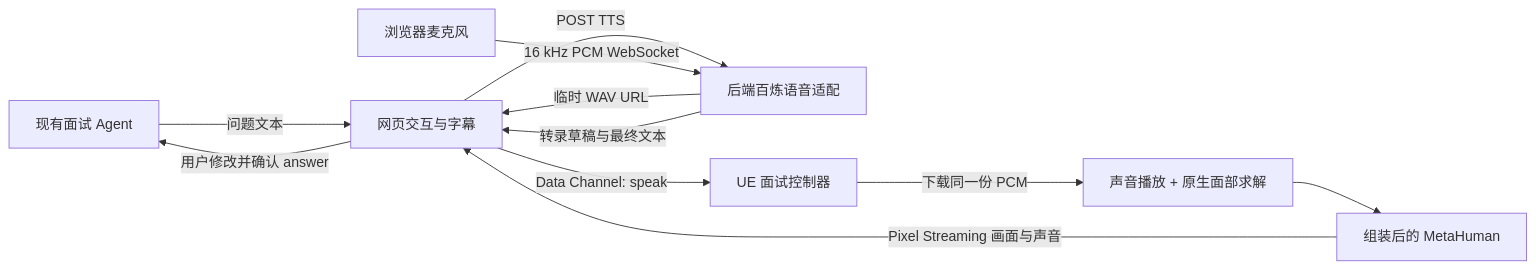
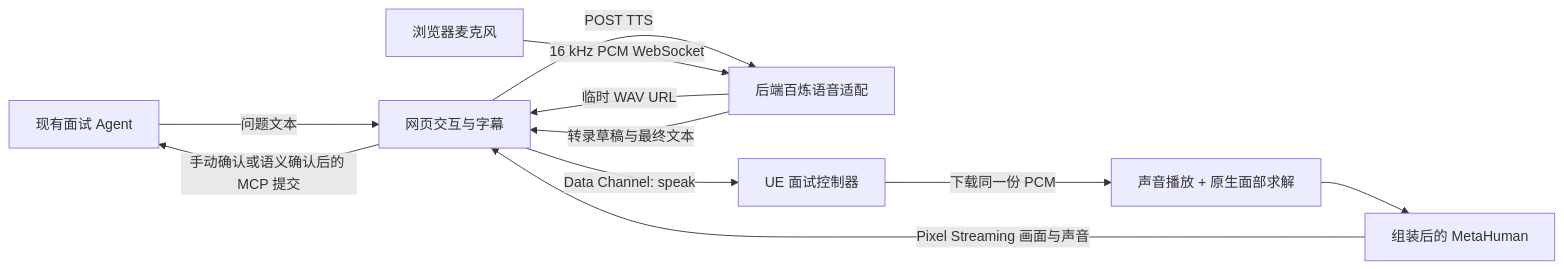
One commit to Fujizzz/AiInterviewer changed the diagram in docs/guides/DIGITAL_HUMAN_SETUP.md. Above: the diagram before and after it, drawn with Mermaid. The commit also changed other lines of this file and 11 other files, not shown here.

````diff
--- a/docs/guides/DIGITAL_HUMAN_SETUP.md
+++ b/docs/guides/DIGITAL_HUMAN_SETUP.md
@@ -21,13 +21,13 @@
 ```mermaid
 flowchart LR
     Agent[现有面试 Agent] -->|问题文本| Page[网页交互与字幕]
     Page -->|POST TTS| Speech[后端百炼语音适配]
     Speech -->|临时 WAV URL| Page
     Page -->|Data Channel: speak| UE[UE 面试控制器]
     UE -->|下载同一份 PCM| Audio[声音播放 + 原生面部求解]
     Audio --> Avatar[组装后的 MetaHuman]
     Avatar -->|Pixel Streaming 画面与声音| Page
     Mic[浏览器麦克风] -->|16 kHz PCM WebSocket| Speech
     Speech -->|转录草稿与最终文本| Page
-    Page -->|用户修改并确认 answer| Agent
+    Page -->|手动确认或语义确认后的 MCP 提交| Agent
 ```
````
